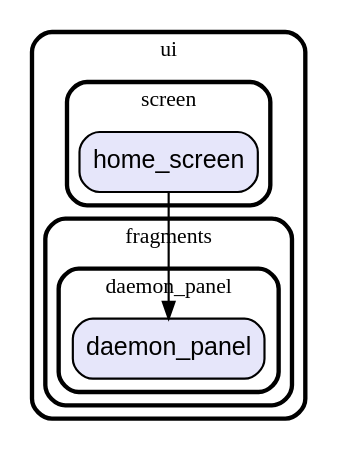
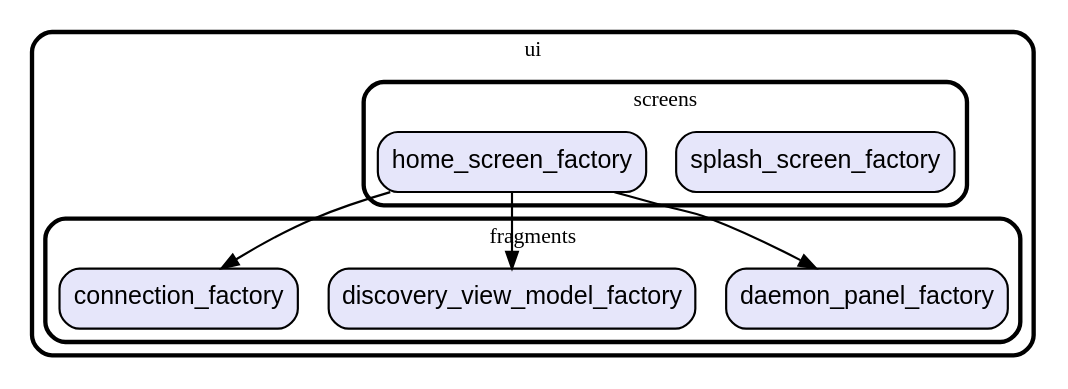
Before and after one commit to gev/reacthome-mobile: the diagram in graph/lib/app/ui.dot, drawn with Graphviz. The commit also changed 18 other files, not shown here.

Commit message:
update module's dependencies graph

```diff
--- a/graph/lib/app/ui.dot
+++ b/graph/lib/app/ui.dot
@@ -1,22 +1,27 @@
 digraph "" {
   graph [style=rounded fontname="Arial Black" fontsize=13 penwidth=2.6];
   node [shape=rect style="filled,rounded" fontname=Arial fontsize=15 fillcolor=Lavender penwidth=1.3];
   edge [penwidth=1.3];
-  "/fragments/daemon_panel/daemon_panel.dart" [label="daemon_panel"];
-  "/screen/home_screen.dart" [label="home_screen"];
+  "/fragments/daemon_panel_factory.dart" [label="daemon_panel_factory"];
+  "/fragments/discovery_view_model_factory.dart" [label="discovery_view_model_factory"];
+  "/fragments/connection_factory.dart" [label="connection_factory"];
+  "/screens/splash_screen_factory.dart" [label="splash_screen_factory"];
+  "/screens/home_screen_factory.dart" [label="home_screen_factory"];
   subgraph "cluster~" {
     label="ui";
     subgraph "cluster~/fragments" {
       label="fragments";
-      subgraph "cluster~/fragments/daemon_panel" {
-        label="daemon_panel";
-        "/fragments/daemon_panel/daemon_panel.dart";
-      }
+      "/fragments/daemon_panel_factory.dart";
+      "/fragments/discovery_view_model_factory.dart";
+      "/fragments/connection_factory.dart";
     }
-    subgraph "cluster~/screen" {
-      label="screen";
-      "/screen/home_screen.dart";
+    subgraph "cluster~/screens" {
+      label="screens";
+      "/screens/splash_screen_factory.dart";
+      "/screens/home_screen_factory.dart";
     }
   }
-  "/screen/home_screen.dart" -> "/fragments/daemon_panel/daemon_panel.dart";
+  "/screens/home_screen_factory.dart" -> "/fragments/connection_factory.dart";
+  "/screens/home_screen_factory.dart" -> "/fragments/daemon_panel_factory.dart";
+  "/screens/home_screen_factory.dart" -> "/fragments/discovery_view_model_factory.dart";
 }
```
